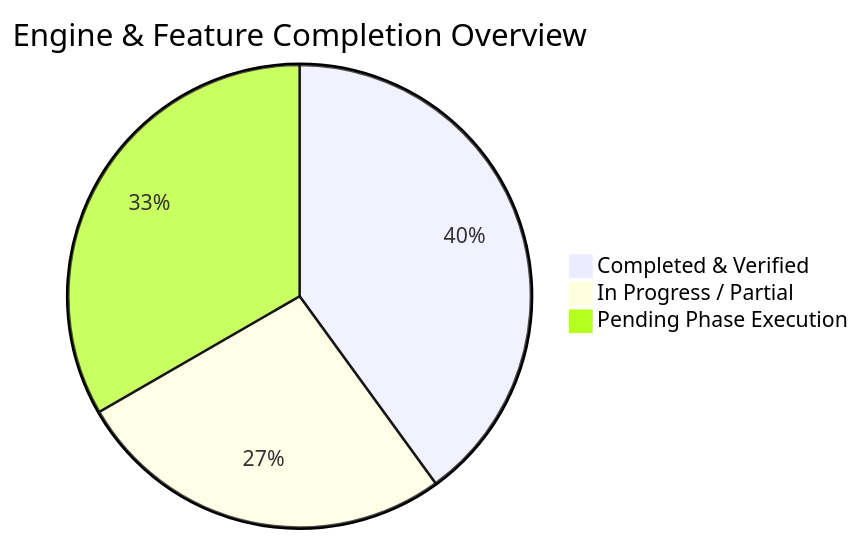
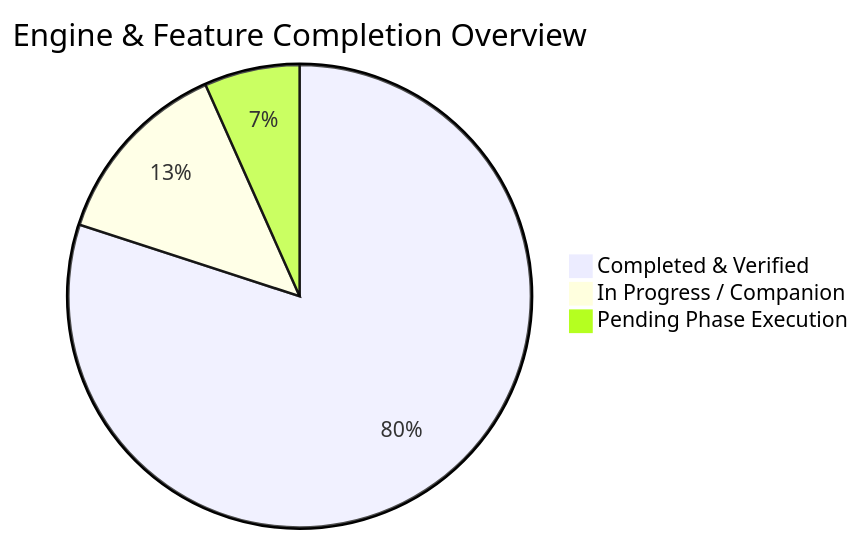
The diagram in ROADMAP_CHECKLIST.md (KrachDev/WaterFall-Download-Manager--WDM-), drawn with Mermaid before and after one commit. The commit also changed other lines of this file and 4 other files, not shown here.

````diff
--- a/ROADMAP_CHECKLIST.md
+++ b/ROADMAP_CHECKLIST.md
@@ -11,6 +11,6 @@
 ```mermaid
 pie title Engine & Feature Completion Overview
-    "Completed & Verified" : 6
-    "In Progress / Partial" : 4
-    "Pending Phase Execution" : 5
+    "Completed & Verified" : 12
+    "In Progress / Companion" : 2
+    "Pending Phase Execution" : 1
 ```
````
